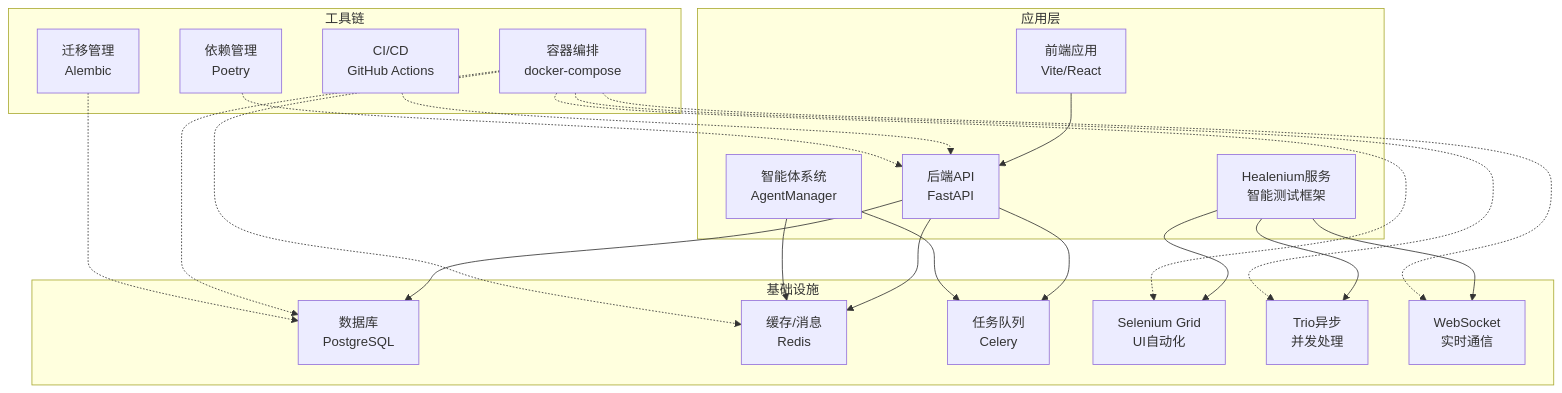
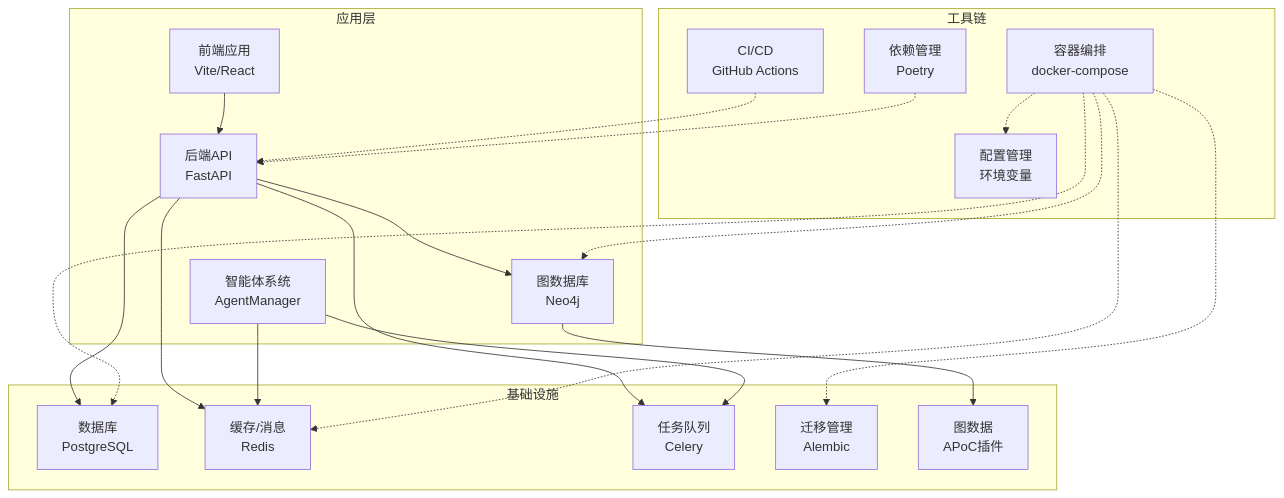
The first of 5 diagrams in .qoder/repowiki/zh/content/部署与运维/部署与运维.md (xfbyxq/ai-novel-system), drawn with Mermaid before and after one commit. The commit also changed other lines of this file and 19 other files, not shown here.

First line of the commit message:
feat(graph): 新增图数据库完整支持与AI聊天集成

````diff
--- a/.qoder/repowiki/zh/content/部署与运维/部署与运维.md
+++ b/.qoder/repowiki/zh/content/部署与运维/部署与运维.md
@@ -61,40 +58,37 @@
 ```mermaid
 graph TB
 subgraph "应用层"
 FE["前端应用<br/>Vite/React"]
 BE["后端API<br/>FastAPI"]
 AG["智能体系统<br/>AgentManager"]
-HT["Healenium服务<br/>智能测试框架"]
+GD["图数据库<br/>Neo4j"]
 end
 subgraph "基础设施"
 PG["数据库<br/>PostgreSQL"]
 RD["缓存/消息<br/>Redis"]
 CW["任务队列<br/>Celery"]
-SE["Selenium Grid<br/>UI自动化"]
-TR["Trio异步<br/>并发处理"]
-WS["WebSocket<br/>实时通信"]
+AL["迁移管理<br/>Alembic"]
+NG["图数据<br/>APoC插件"]
 end
 subgraph "工具链"
 DC["容器编排<br/>docker-compose"]
-AL["迁移管理<br/>Alembic"]
 GH["CI/CD<br/>GitHub Actions"]
 PY["依赖管理<br/>Poetry"]
+CM["配置管理<br/>环境变量"]
 end
 FE --> BE
 BE --> PG
 BE --> RD
 BE --> CW
+BE --> GD
 AG --> RD
 AG --> CW
-HT --> SE
-HT --> TR
-HT --> WS
+GD --> NG
 DC -.-> PG
 DC -.-> RD
-DC -.-> SE
-DC -.-> TR
-DC -.-> WS
-AL -.-> PG
+DC -.-> GD
+DC -.-> AL
+DC -.-> CM
 GH -.-> BE
 PY -.-> BE
 ```
````
